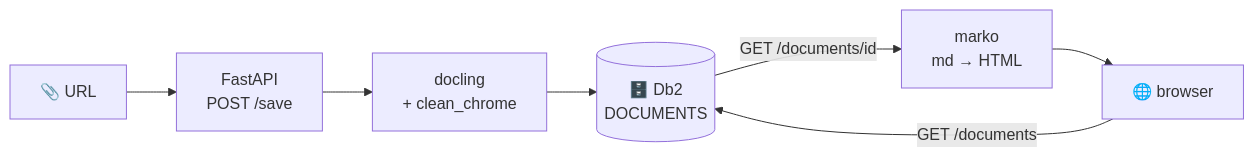
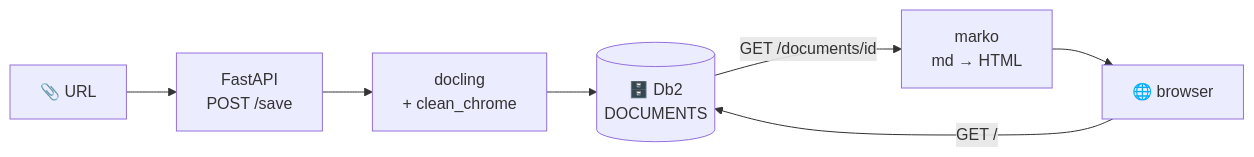
Before and after one commit to IBM/second-brain-with-db2: the diagram in stages/01-db2/README.md, drawn with Mermaid. The commit also changed other lines of this file and 3 other files, not shown here.

````diff
--- a/stages/01-db2/README.md
+++ b/stages/01-db2/README.md
@@ -5,10 +5,10 @@
 ```mermaid
 flowchart LR
     URL[📎 URL] --> Save["FastAPI<br/>POST /save"]
     Save --> Docling[docling<br/>+ clean_chrome]
     Docling --> Db2[(🗄️ Db2<br/>DOCUMENTS)]
 
-    Browse[🌐 browser] -->|GET /documents| Db2
+    Browse[🌐 browser] -->|GET /| Db2
     Db2 -->|GET /documents/id| Render[marko<br/>md → HTML]
     Render --> Browse
 ```
````
